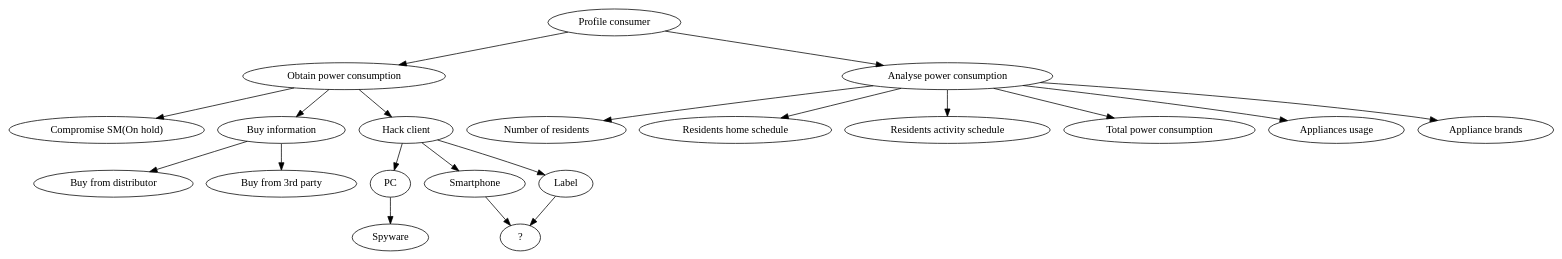
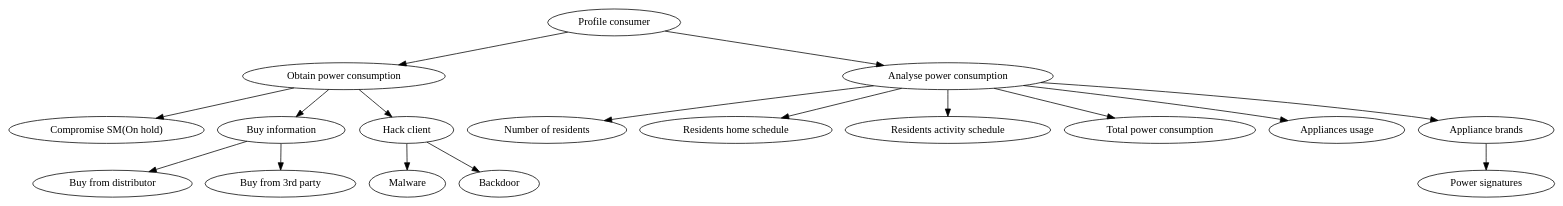
The diagram in figures/graphviz/information_stealing_vs_consumer_tree.dot (des904e15/report), drawn with Graphviz before and after one commit. The commit also changed 1 other file, not shown here.

```diff
--- a/figures/graphviz/information_stealing_vs_consumer_tree.dot
+++ b/figures/graphviz/information_stealing_vs_consumer_tree.dot
@@ -1,38 +1,35 @@
 digraph G{
 	node [style=filled fillcolor=white]
 
 	root[label="Profile consumer"];
 
 	obtain_information[label="Obtain power consumption"]
 	analyse_power_consumption[label="Analyse power consumption"]
 
 	compromise_sm[label="Compromise SM(On hold)"];
 	buy_information[label="Buy information"]
 	hack_client[label="Hack client"];
 	residents[label="Number of residents"];
 	home[label="Residents home schedule"];
 	activity_residents[label="Residents activity schedule"];
 	total[label="Total power consumption"];
 	when_appl[label="Appliances usage"];
 	what_appl[label="Appliance brands"];
 
 	buy_distributor[label="Buy from distributor"];
 	buy_third_party[label="Buy from 3rd party"];
-	pc[label="PC"];
-	smartphone[label="Smartphone"];
-	tablet[label="Label"];
-
-	spyware[label="Spyware"];
-	questionmark[label="?"];
+	
+	malware[label="Malware"];
+	backdoor[label="Backdoor"];
+	power_signatures[label="Power signatures"]
 	
 
 	root -> obtain_information, analyse_power_consumption;
 	obtain_information -> compromise_sm, buy_information, hack_client;
 	analyse_power_consumption -> total, residents, activity_residents, home, when_appl, what_appl;
 	buy_information -> buy_distributor, buy_third_party;
-	hack_client -> smartphone, pc, tablet;
+	hack_client -> malware, backdoor;
 
-	pc -> spyware;
-	smartphone -> questionmark;
-	tablet -> questionmark;	
+	what_appl -> power_signatures;
+	
 	}
```
